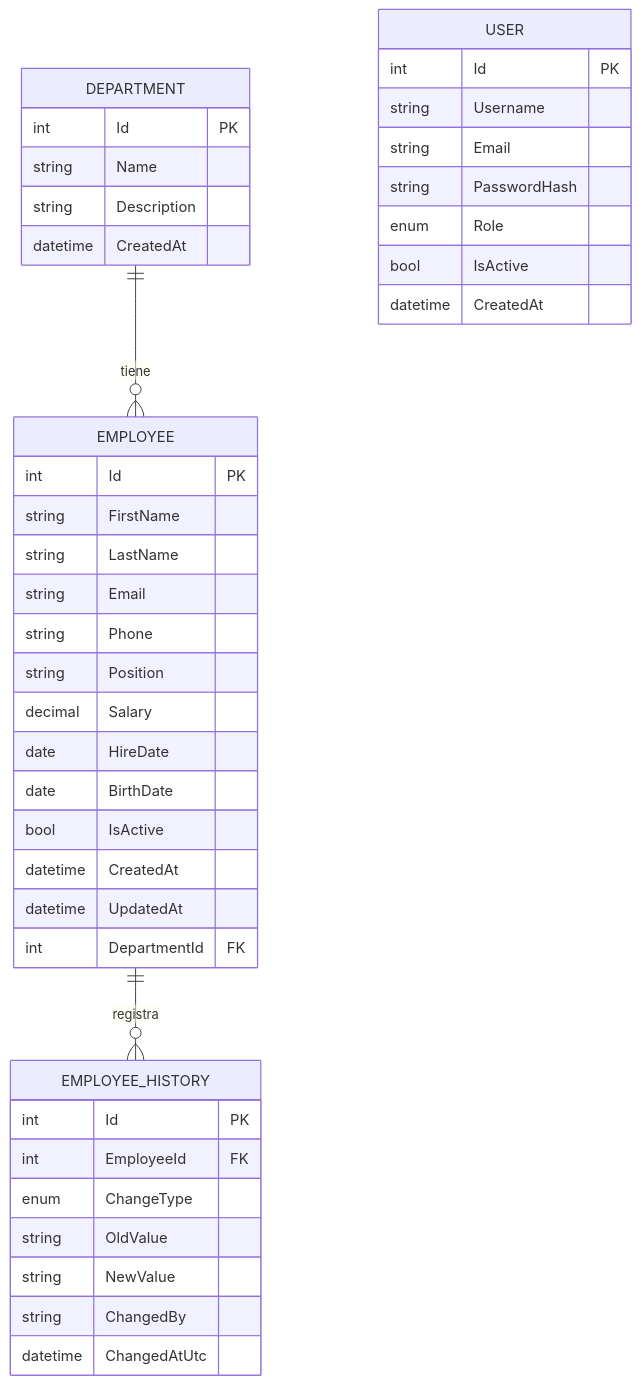
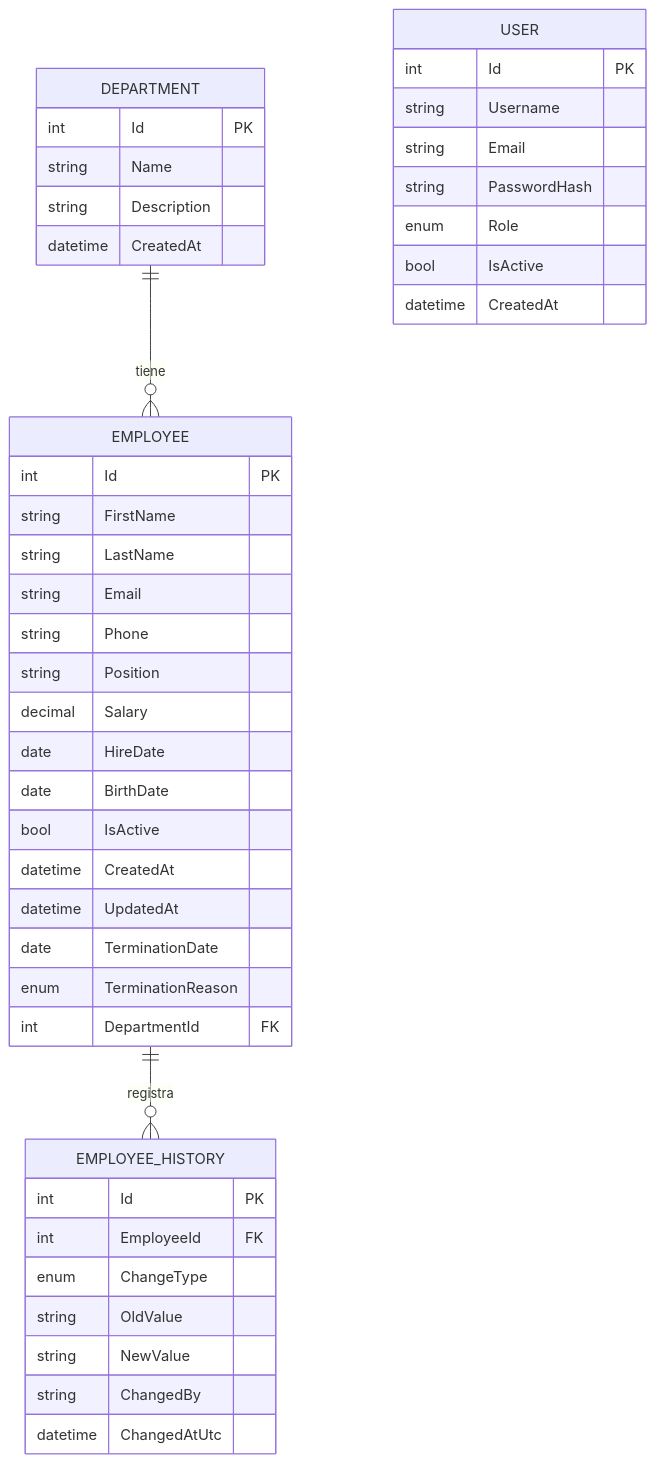
The second of 2 diagrams in README.md (AaronChavezMtz/EmployeeManagementApi), drawn with Mermaid before and after one commit. The commit also changed other lines of this file and 19 other files, not shown here.

````diff
--- a/README.md
+++ b/README.md
@@ -85,45 +86,47 @@
 ```mermaid
 erDiagram
     DEPARTMENT ||--o{ EMPLOYEE : tiene
     EMPLOYEE ||--o{ EMPLOYEE_HISTORY : registra
 
     DEPARTMENT {
         int Id PK
         string Name
         string Description
         datetime CreatedAt
     }
     EMPLOYEE {
         int Id PK
         string FirstName
         string LastName
         string Email
         string Phone
         string Position
         decimal Salary
         date HireDate
         date BirthDate
         bool IsActive
         datetime CreatedAt
         datetime UpdatedAt
+        date TerminationDate
+        enum TerminationReason
         int DepartmentId FK
     }
     EMPLOYEE_HISTORY {
         int Id PK
         int EmployeeId FK
         enum ChangeType
         string OldValue
         string NewValue
         string ChangedBy
         datetime ChangedAtUtc
     }
     USER {
         int Id PK
         string Username
         string Email
         string PasswordHash
         enum Role
         bool IsActive
         datetime CreatedAt
     }
 ```
````
